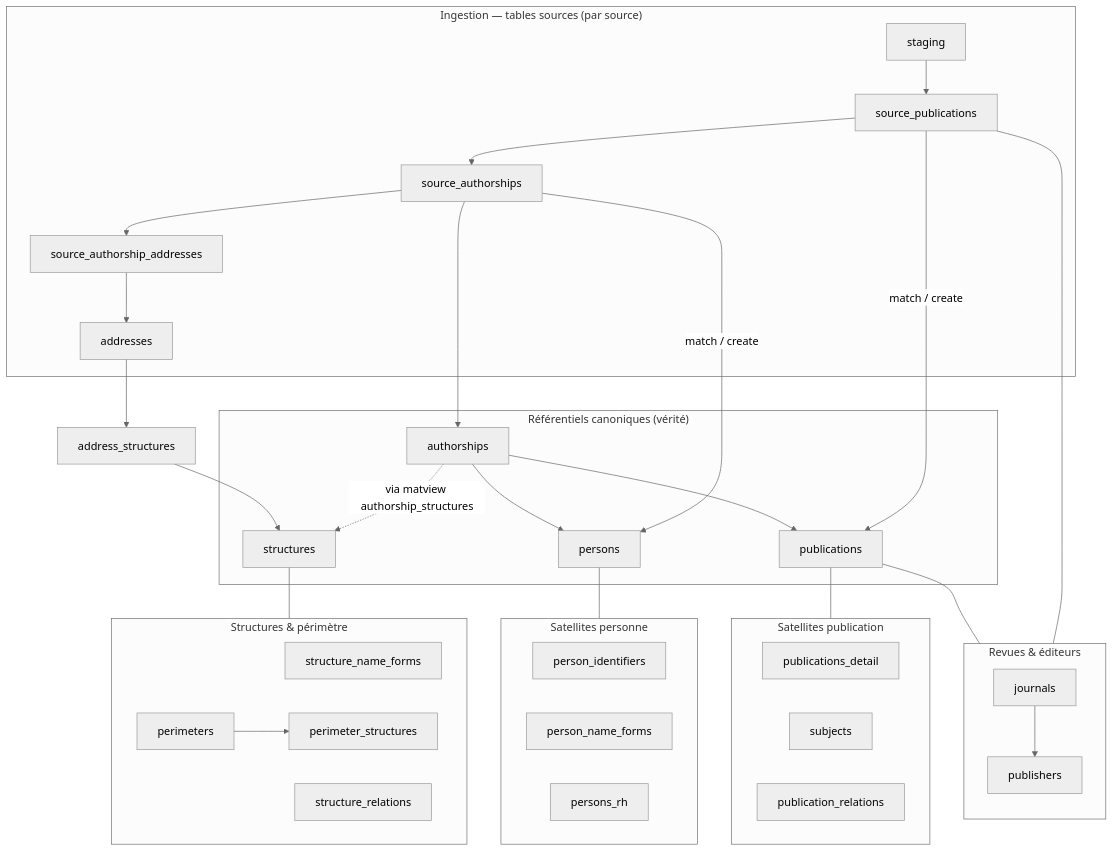
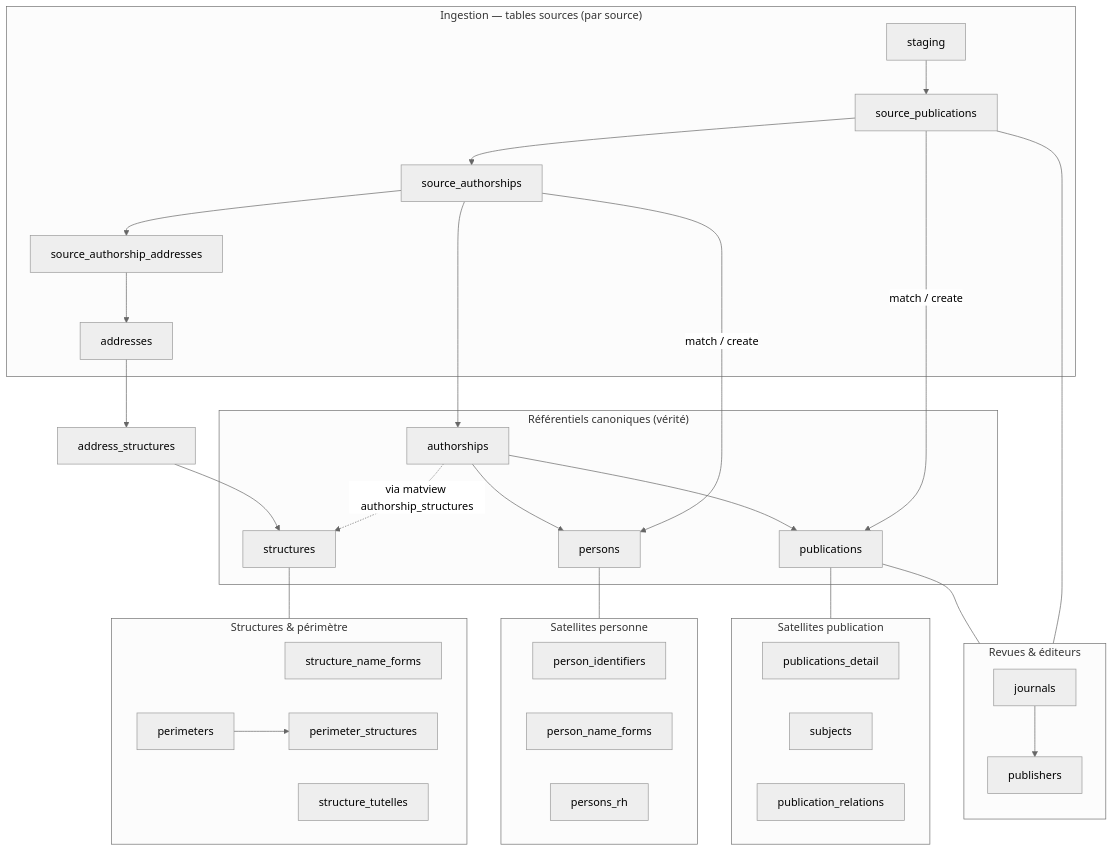
Before and after one commit to Y33sha/bibliometrie-uca: the diagram in docs/donnees/07-index-des-tables.md, drawn with Mermaid (neutral theme). The commit also changed other lines of this file and 43 other files, not shown here.

First line of the commit message:
refactor(structures): réduire les relations aux tutelles

````diff
--- a/docs/donnees/07-index-des-tables.md
+++ b/docs/donnees/07-index-des-tables.md
@@ -11,49 +11,49 @@
 ```mermaid
 flowchart TB
     subgraph ingestion["Ingestion — tables sources (par source)"]
         staging --> source_publications --> source_authorships
         source_authorships --> source_authorship_addresses --> addresses
     end
 
     subgraph ref["Revues & éditeurs"]
         direction TB
         journals --> publishers
     end
 
     subgraph canon["Référentiels canoniques (vérité)"]
         publications
         authorships
         structures
         persons
     end
 
     source_publications -->|match / create| publications
     source_authorships -->|match / create| persons
     source_authorships --> authorships
     authorships --> publications
     authorships --> persons
     authorships -.->|via matview authorship_structures| structures
     addresses --> address_structures --> structures
     source_publications --- ref
     publications --- ref
 
     subgraph satP["Satellites publication"]
         publications_detail
         subjects
         publication_relations
     end
     subgraph satS["Structures & périmètre"]
         structure_name_forms
-        structure_relations
+        structure_tutelles
         perimeters --> perimeter_structures
     end
     subgraph satN["Satellites personne"]
         person_identifiers
         person_name_forms
         persons_rh
     end
 
     publications --- satP
     structures --- satS
     persons --- satN
 ```
````
